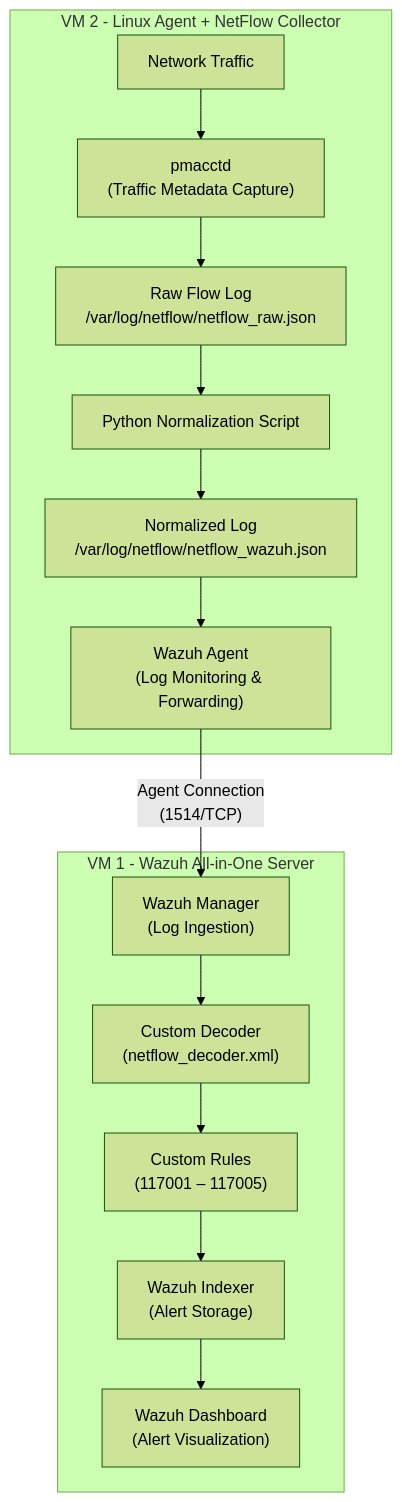
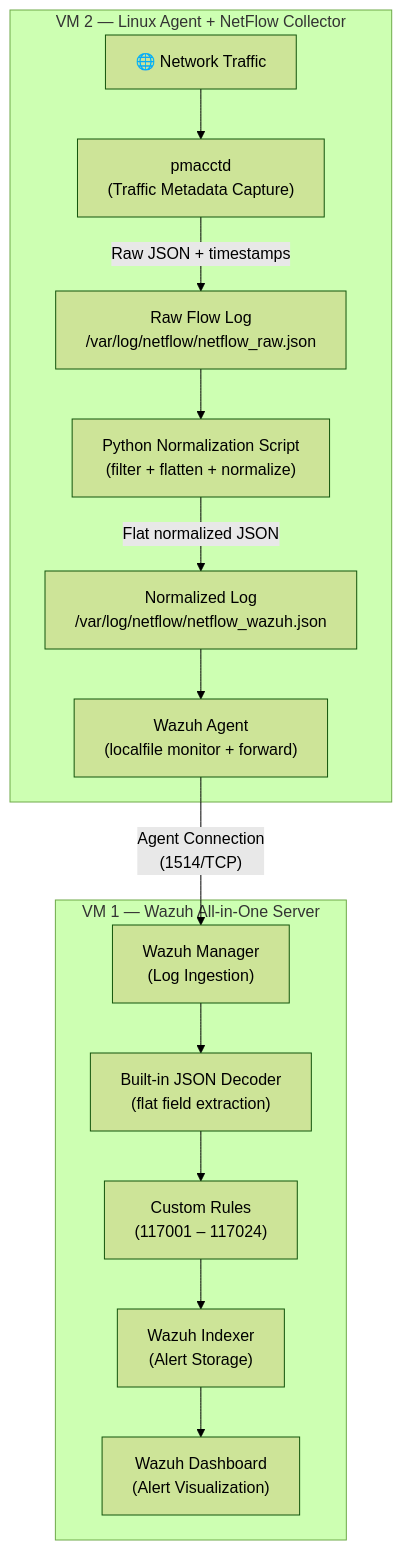
The diagram in README.md (dimasqiramadhani/netflow-network-traffic-monitoring), drawn with Mermaid (forest theme) before and after one commit. The commit also changed other lines of this file and 10 other files, not shown here.

````diff
--- a/README.md
+++ b/README.md
@@ -25,20 +26,20 @@
 ```mermaid
 flowchart TD
-    subgraph VM2["VM 2 - Linux Agent + NetFlow Collector"]
-        A["Network Traffic"] --> B["pmacctd\n(Traffic Metadata Capture)"]
-        B --> C["Raw Flow Log\n/var/log/netflow/netflow_raw.json"]
-        C --> D["Python Normalization Script"]
-        D --> E["Normalized Log\n/var/log/netflow/netflow_wazuh.json"]
-        E --> F["Wazuh Agent\n(Log Monitoring & Forwarding)"]
+    subgraph VM2["VM 2 — Linux Agent + NetFlow Collector"]
+        A["🌐 Network Traffic"] --> B["pmacctd\n(Traffic Metadata Capture)"]
+        B -->|"Raw JSON + timestamps"| C["Raw Flow Log\n/var/log/netflow/netflow_raw.json"]
+        C --> D["Python Normalization Script\n(filter + flatten + normalize)"]
+        D -->|"Flat normalized JSON"| E["Normalized Log\n/var/log/netflow/netflow_wazuh.json"]
+        E --> F["Wazuh Agent\n(localfile monitor + forward)"]
     end
 
-    subgraph VM1["VM 1 - Wazuh All-in-One Server"]
+    subgraph VM1["VM 1 — Wazuh All-in-One Server"]
         G["Wazuh Manager\n(Log Ingestion)"]
-        G --> H["Custom Decoder\n(netflow_decoder.xml)"]
-        H --> I["Custom Rules\n(117001 – 117005)"]
+        G --> H["Built-in JSON Decoder\n(flat field extraction)"]
+        H --> I["Custom Rules\n(117001 – 117024)"]
         I --> J["Wazuh Indexer\n(Alert Storage)"]
         J --> K["Wazuh Dashboard\n(Alert Visualization)"]
     end
 
     F -- "Agent Connection\n(1514/TCP)" --> G
 ```
````
